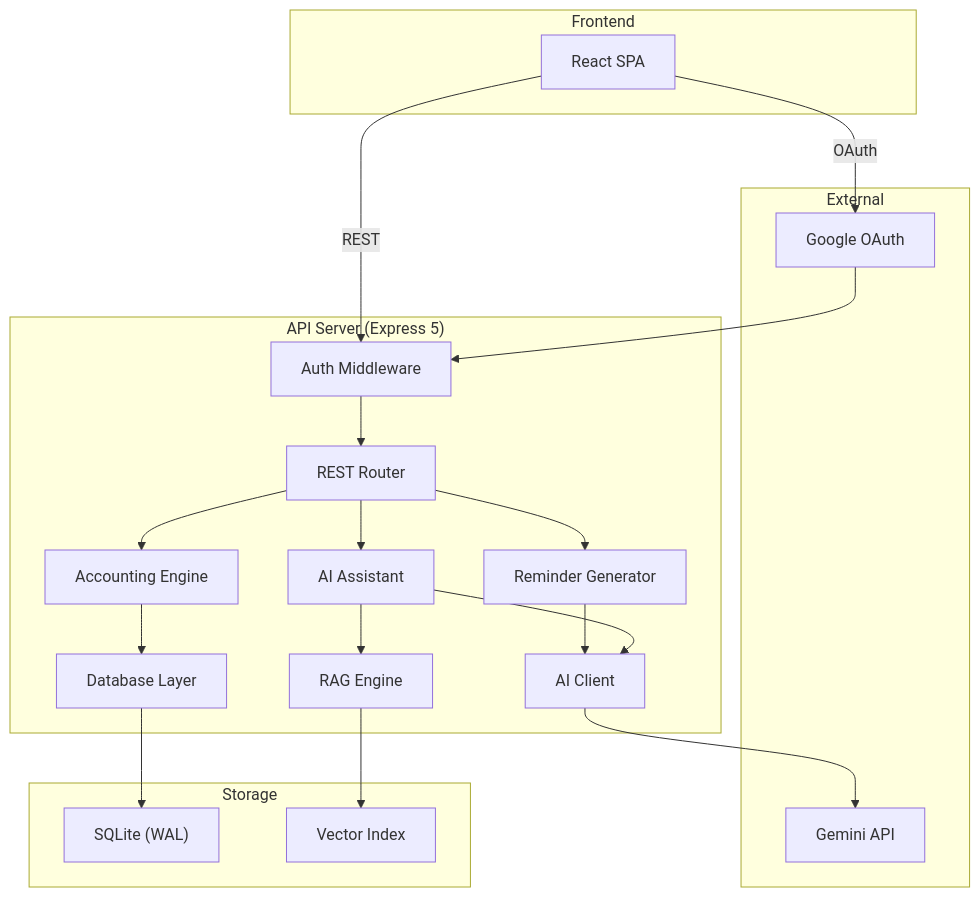
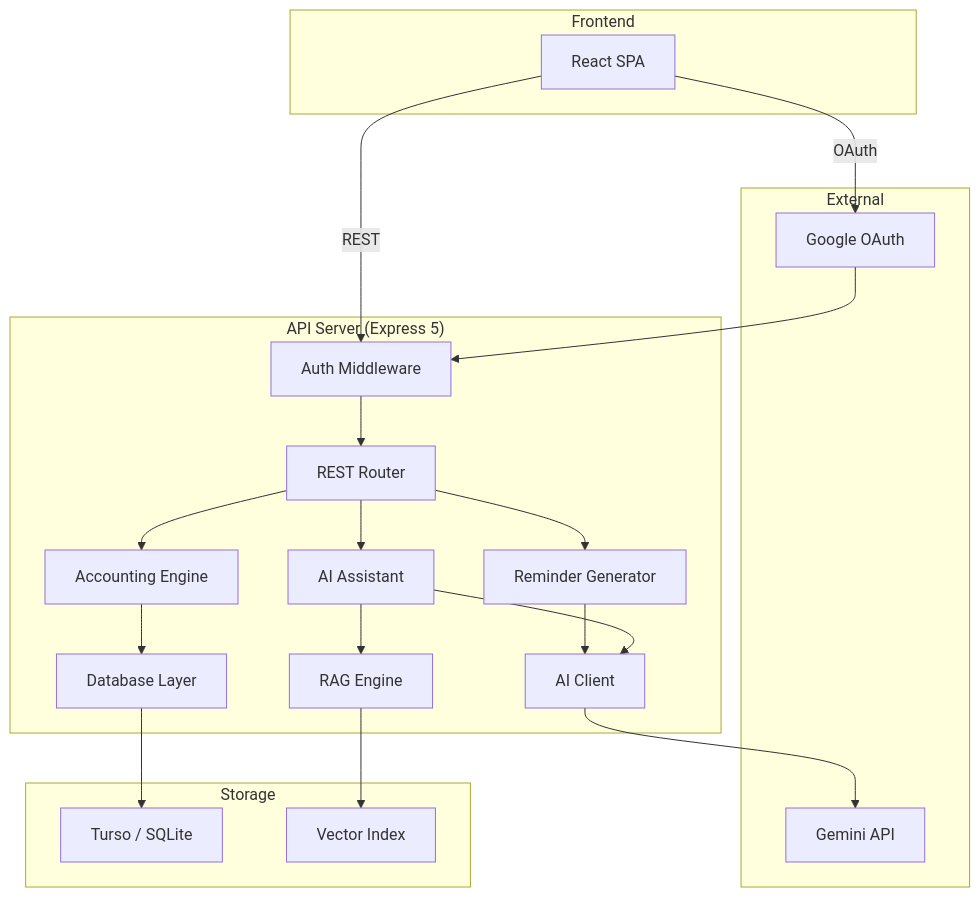
The diagram in README.md (nnnc8/subscription-billing), drawn with Mermaid before and after one commit. The commit also changed other lines of this file and 58 other files, not shown here.

````diff
--- a/README.md
+++ b/README.md
@@ -102,34 +102,34 @@
 ```mermaid
 graph TB
     subgraph Client ["Frontend"]
         React["React SPA"]
     end
 
     subgraph Server ["API Server (Express 5)"]
         Auth["Auth Middleware"]
         API["REST Router"]
         Accounting["Accounting Engine"]
         DB["Database Layer"]
         AI["AI Client"]
         RAG["RAG Engine"]
         Reminder["Reminder Generator"]
         Assistant["AI Assistant"]
     end
 
     subgraph Storage ["Storage"]
-        SQLite["SQLite (WAL)"]
+        SQLite["Turso / SQLite"]
         Vector["Vector Index"]
     end
 
     subgraph External ["External"]
         Google["Google OAuth"]
         Gemini["Gemini API"]
     end
 
     React -->|REST| Auth --> API
     API --> Accounting --> DB --> SQLite
     API --> Assistant --> AI --> Gemini
     Assistant --> RAG --> Vector
     API --> Reminder --> AI
     React -->|OAuth| Google --> Auth
 ```
````
